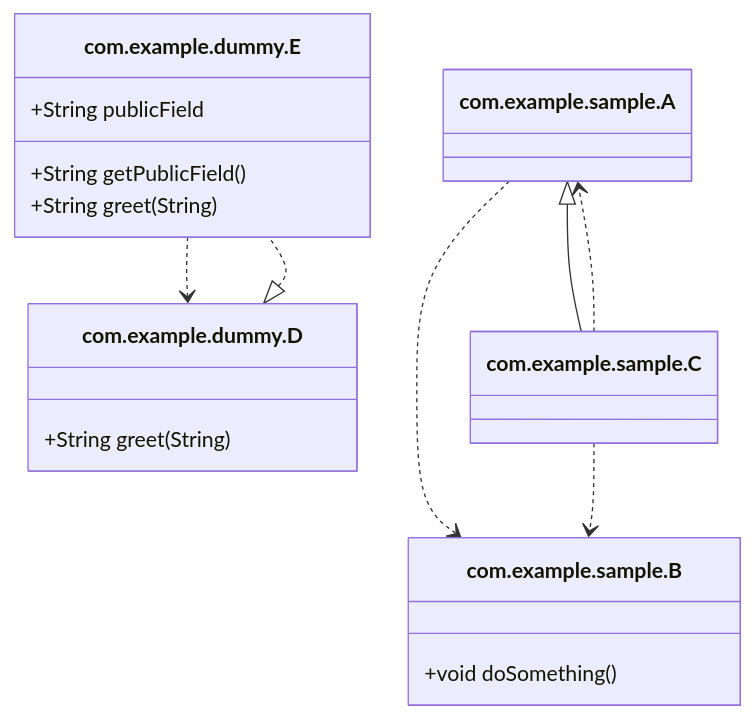
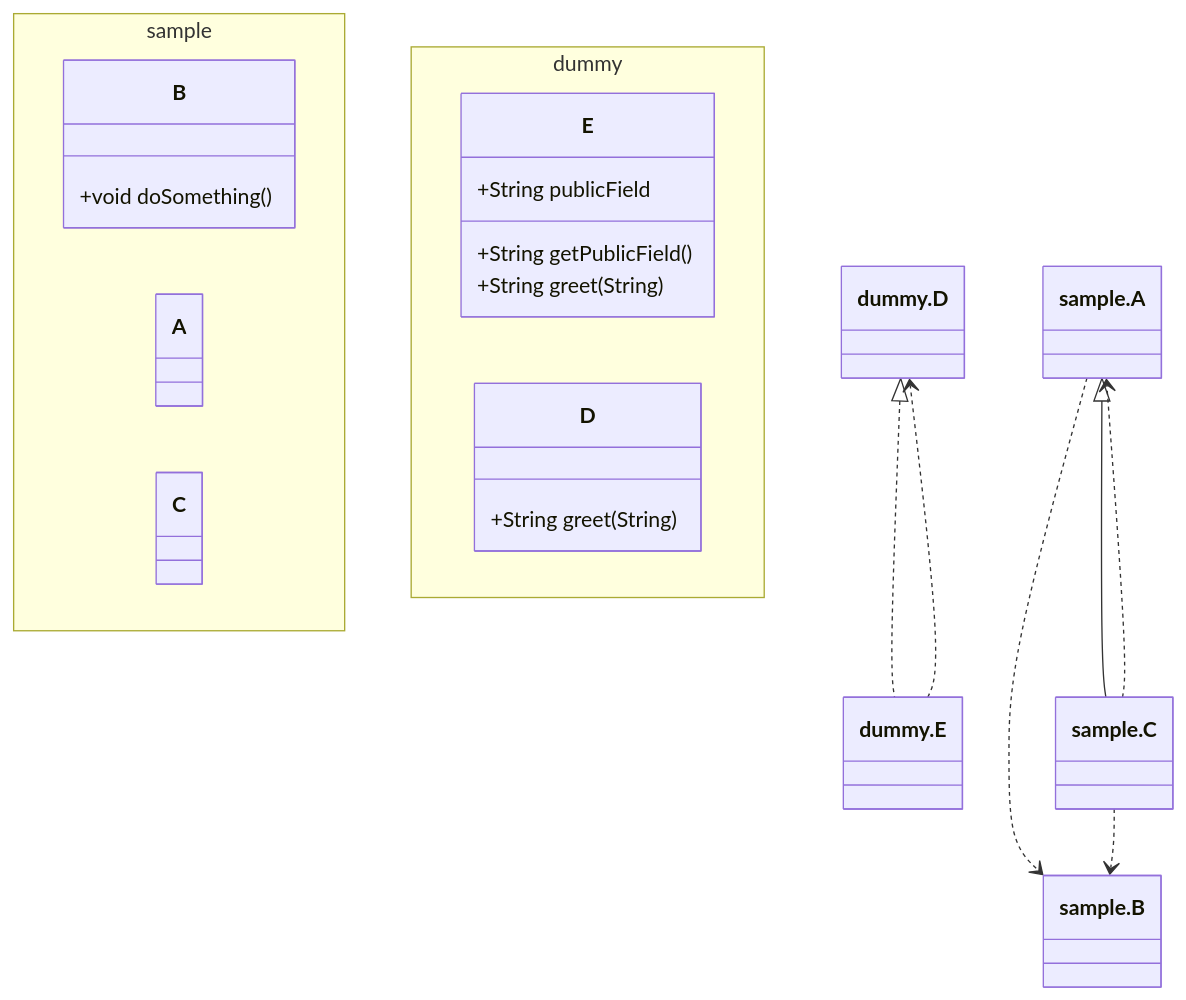
The diagram in sample-project/docs/diagrams/class-diagram.mmd (euledge/code-atlas), drawn with Mermaid before and after one commit. The commit also changed 13 other files, not shown here.

```diff
--- a/sample-project/docs/diagrams/class-diagram.mmd
+++ b/sample-project/docs/diagrams/class-diagram.mmd
@@ -1,20 +1,24 @@
 classDiagram
-    class com.example.sample.B {
-        +void doSomething()
+    namespace sample {
+        class B {
+            +void doSomething()
+        }
+        class A
+        class C
     }
-    class com.example.sample.A
-    com.example.sample.A ..> com.example.sample.B
-    class com.example.dummy.E {
-        +String publicField
-        +String getPublicField()
-        +String greet(String)
+    namespace dummy {
+        class E {
+            +String publicField
+            +String getPublicField()
+            +String greet(String)
+        }
+        class D {
+            +String greet(String)
+        }
     }
-    com.example.dummy.D <|.. com.example.dummy.E
-    com.example.dummy.E ..> com.example.dummy.D
-    class com.example.dummy.D {
-        +String greet(String)
-    }
-    class com.example.sample.C
-    com.example.sample.A <|-- com.example.sample.C
-    com.example.sample.C ..> com.example.sample.B
-    com.example.sample.C ..> com.example.sample.A
+    sample.A ..> sample.B
+    dummy.D <|.. dummy.E
+    dummy.E ..> dummy.D
+    sample.A <|-- sample.C
+    sample.C ..> sample.B
+    sample.C ..> sample.A
```
